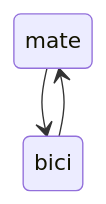
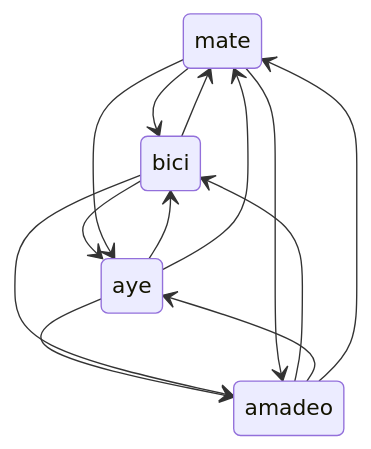
One commit to martinvilu/martinvilu changed the diagram in README.md. Above: the diagram before and after it, drawn with Mermaid. The commit also changed other lines of this file, not shown here.

````diff
--- a/README.md
+++ b/README.md
@@ -31,5 +32,15 @@
 ```mermaid
 stateDiagram-v2
     mate --> bici
+    amadeo --> bici
+    aye --> bici
+    bici --> aye
+    amadeo --> aye
+    aye --> amadeo
+    mate --> aye
+    aye --> mate
+    bici --> amadeo
+    amadeo --> mate
+    mate --> amadeo
     bici  --> mate
 ```
````
